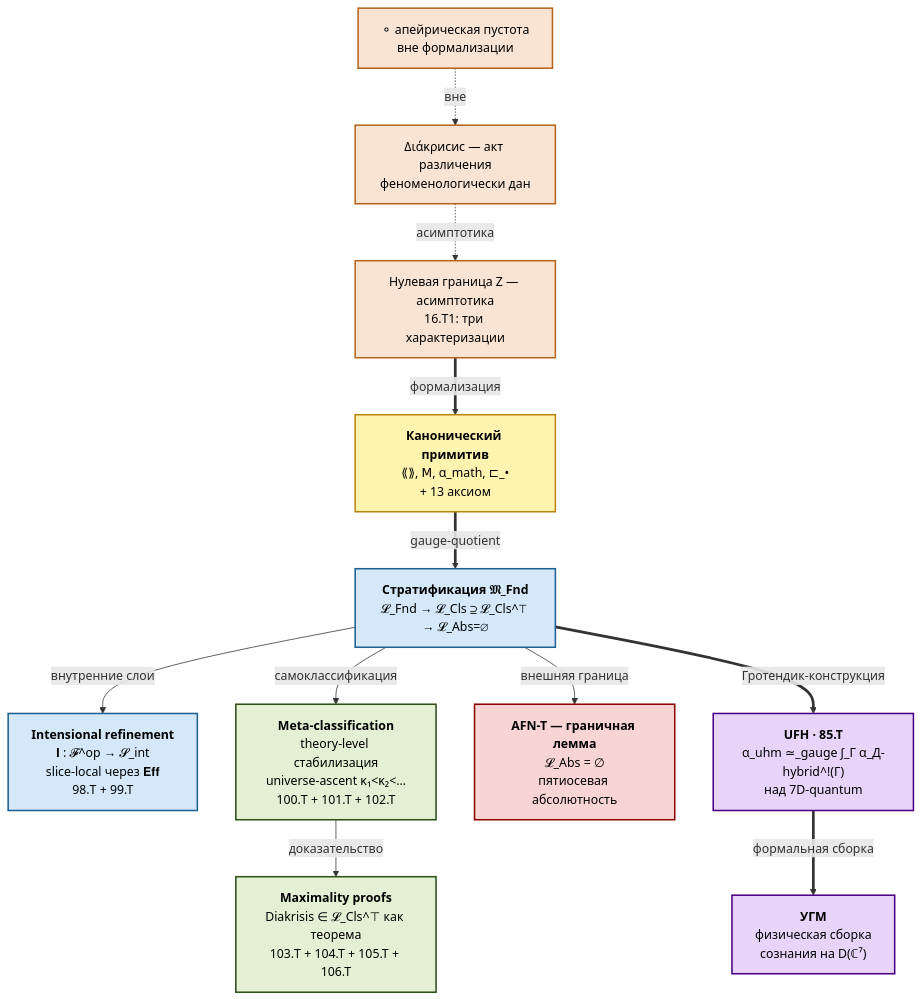
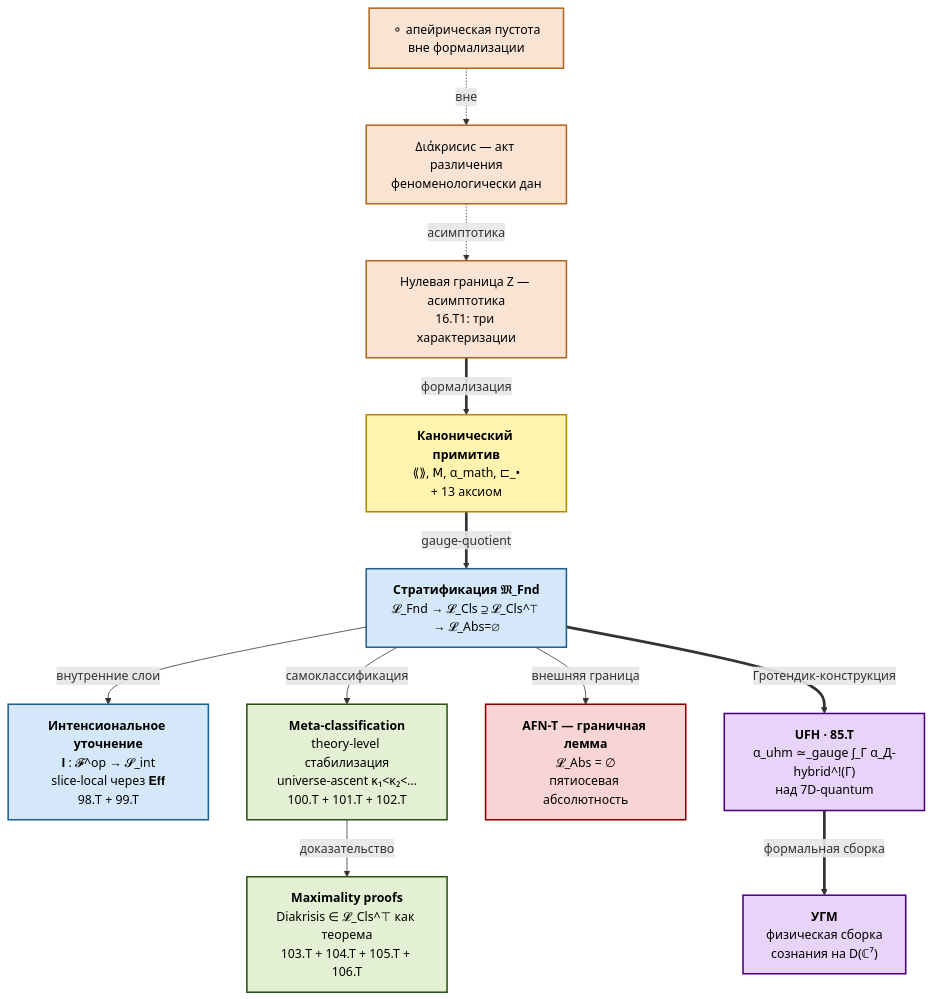
One commit to gst-st/diakrisis changed the first of 7 diagrams in docs/intro.md. Above: the diagram before and after it, drawn with Mermaid. The commit also changed other lines of this file and 19 other files, not shown here.

````diff
--- a/docs/intro.md
+++ b/docs/intro.md
@@ -17,34 +17,34 @@
 ```mermaid
 flowchart TB
     classDef phen fill:#f9e4d4,stroke:#b5651d,stroke-width:2px,color:#000
     classDef prim fill:#fff3b0,stroke:#b8860b,stroke-width:2px,color:#000
     classDef struct fill:#d4e8f9,stroke:#1e6091,stroke-width:2px,color:#000
     classDef meta fill:#e4f0d4,stroke:#2d5016,stroke-width:2px,color:#000
     classDef bound fill:#f9d4d4,stroke:#8b0000,stroke-width:2px,color:#000
     classDef asm fill:#e8d4f9,stroke:#4b0082,stroke-width:2px,color:#000
 
     APEIRON["⚬ апейрическая пустота<br/>вне формализации"]:::phen
     DIAKRISIS["Διάκρисис — акт различения<br/>феноменологически дан"]:::phen
     Z["Нулевая граница Z — асимптотика<br/>16.T1: три характеризации"]:::phen
 
     PRIM["<b>Канонический примитив</b><br/>⟪⟫, 𝖬, α_math, ⊏_•<br/>+ 13 аксиом"]:::prim
     STRAT["<b>Стратификация 𝔐_Fnd</b><br/>𝓛_Fnd → 𝓛_Cls ⊇ 𝓛_Cls^⊤ → 𝓛_Abs=∅"]:::struct
-    INT["<b>Intensional refinement</b><br/>𝐈 : 𝓕^op → 𝓢_int<br/>slice-local через 𝐄𝐟𝐟<br/>98.T + 99.T"]:::struct
+    INT["<b>Интенсиональное уточнение</b><br/>𝐈 : 𝓕^op → 𝓢_int<br/>slice-local через 𝐄𝐟𝐟<br/>98.T + 99.T"]:::struct
     META["<b>Meta-classification</b><br/>theory-level стабилизация<br/>universe-ascent κ₁&lt;κ₂&lt;…<br/>100.T + 101.T + 102.T"]:::meta
     MAX["<b>Maximality proofs</b><br/>Diakrisis ∈ 𝓛_Cls^⊤ как теорема<br/>103.T + 104.T + 105.T + 106.T"]:::meta
 
     BOUND["<b>AFN-T — граничная лемма</b><br/>𝓛_Abs = ∅<br/>пятиосевая абсолютность"]:::bound
     UFH["<b>UFH · 85.T</b><br/>α_uhm ≃_gauge ∫_Γ α_Д-hybrid^!(Γ)<br/>над 7D-quantum"]:::asm
     UHM["<b>УГМ</b><br/>физическая сборка<br/>сознания на D(ℂ⁷)"]:::asm
 
     APEIRON -.->|вне| DIAKRISIS
     DIAKRISIS -.->|асимптотика| Z
     Z ==>|формализация| PRIM
     PRIM ==>|gauge-quotient| STRAT
     STRAT -->|внутренние слои| INT
     STRAT -->|самоклассификация| META
     META -->|доказательство| MAX
     STRAT -->|внешняя граница| BOUND
     STRAT ==>|Гротендик-конструкция| UFH
     UFH ==>|формальная сборка| UHM
 ```
````
